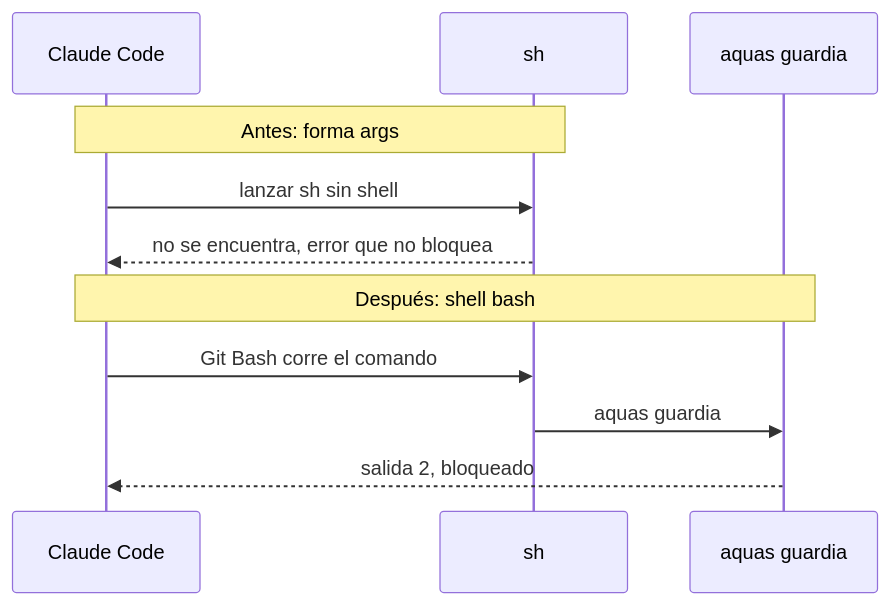
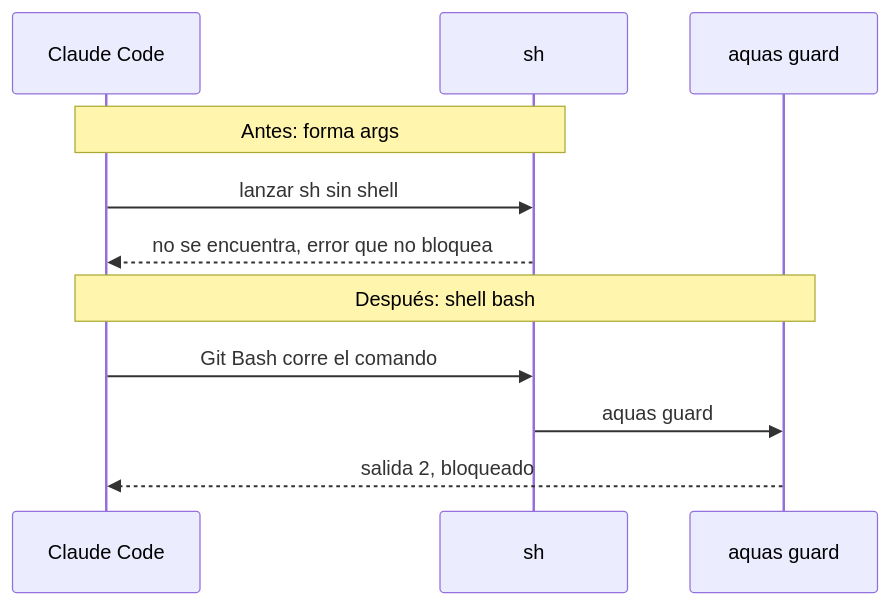
The first of 2 diagrams in docs/E000/F001/S003.md (jliberal-aquas/aquas-central-harness-government), drawn with Mermaid before and after one commit. The commit also changed other lines of this file and 184 other files, not shown here.

````diff
--- a/docs/E000/F001/S003.md
+++ b/docs/E000/F001/S003.md
@@ -43,13 +43,13 @@
 ```mermaid
 sequenceDiagram
     participant C as Claude Code
     participant S as sh
-    participant G as aquas guardia
+    participant G as aquas guard
     Note over C,S: Antes: forma args
     C->>S: lanzar sh sin shell
     S-->>C: no se encuentra, error que no bloquea
     Note over C,G: Después: shell bash
     C->>S: Git Bash corre el comando
-    S->>G: aquas guardia
+    S->>G: aquas guard
     G-->>C: salida 2, bloqueado
 ```
````
